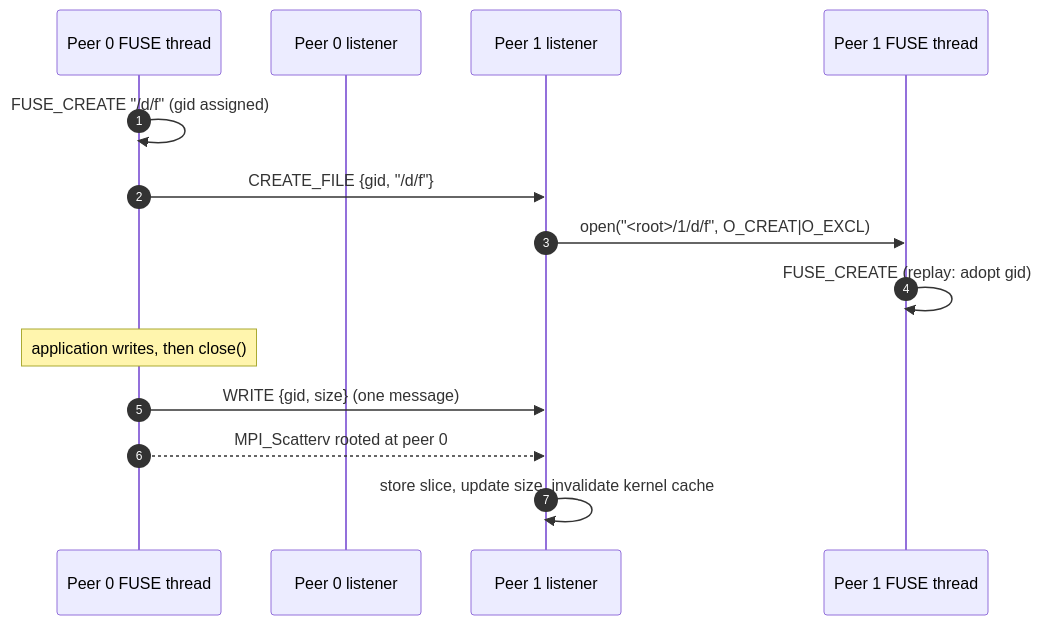
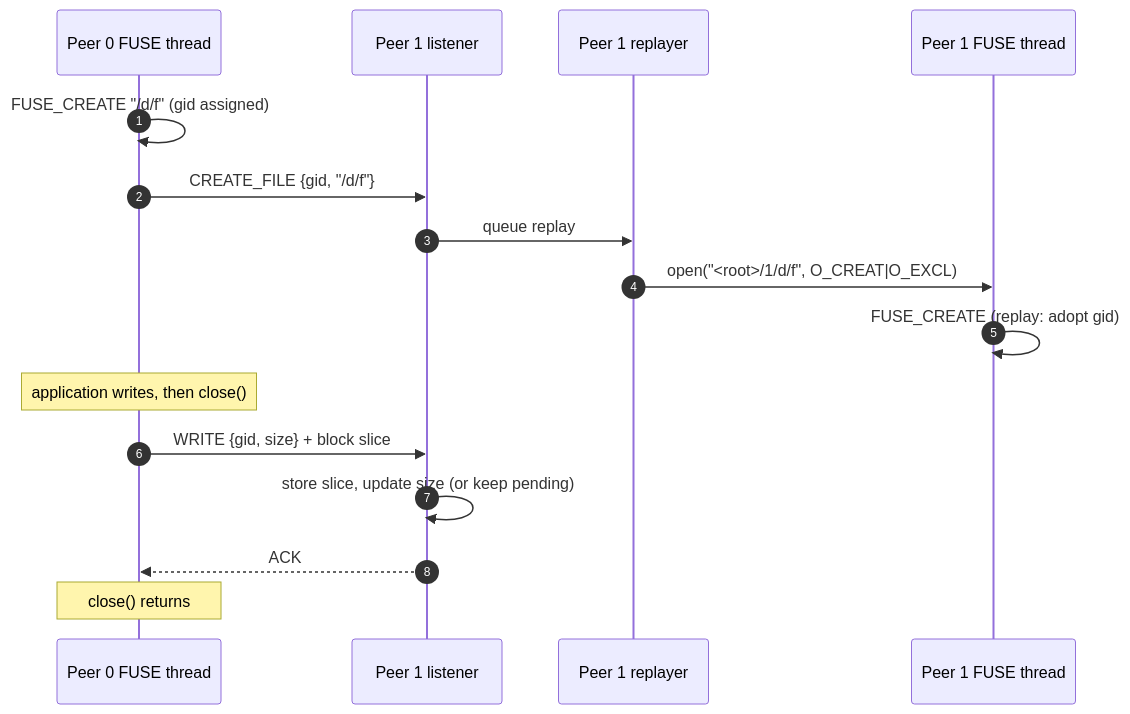
One commit to DagOnStar/DAGonFS changed the fifth of 5 diagrams in docs/ARCHITECTURE.md. Above: the diagram before and after it, drawn with Mermaid. The commit also changed other lines of this file and 107 other files, not shown here.

First line of the commit message:
Unify client-server and peer-to-peer into one runtime-configurable code base

````diff
--- a/docs/ARCHITECTURE.md
+++ b/docs/ARCHITECTURE.md
@@ -111,16 +141,18 @@
 ```mermaid
 sequenceDiagram
     autonumber
     participant A as Peer 0 FUSE thread
-    participant LA as Peer 0 listener
     participant LB as Peer 1 listener
+    participant RB as Peer 1 replayer
     participant B as Peer 1 FUSE thread
     A->>A: FUSE_CREATE "/d/f" (gid assigned)
     A->>LB: CREATE_FILE {gid, "/d/f"}
-    LB->>B: open("<root>/1/d/f", O_CREAT|O_EXCL)
+    LB->>RB: queue replay
+    RB->>B: open("<root>/1/d/f", O_CREAT|O_EXCL)
     B->>B: FUSE_CREATE (replay: adopt gid)
     Note over A: application writes, then close()
-    A->>LB: WRITE {gid, size} (one message)
-    A-->>LB: MPI_Scatterv rooted at peer 0
-    LB->>LB: store slice, update size, invalidate kernel cache
+    A->>LB: WRITE {gid, size} + block slice
+    LB->>LB: store slice, update size (or keep pending)
+    LB-->>A: ACK
+    Note over A: close() returns
 ```
````
